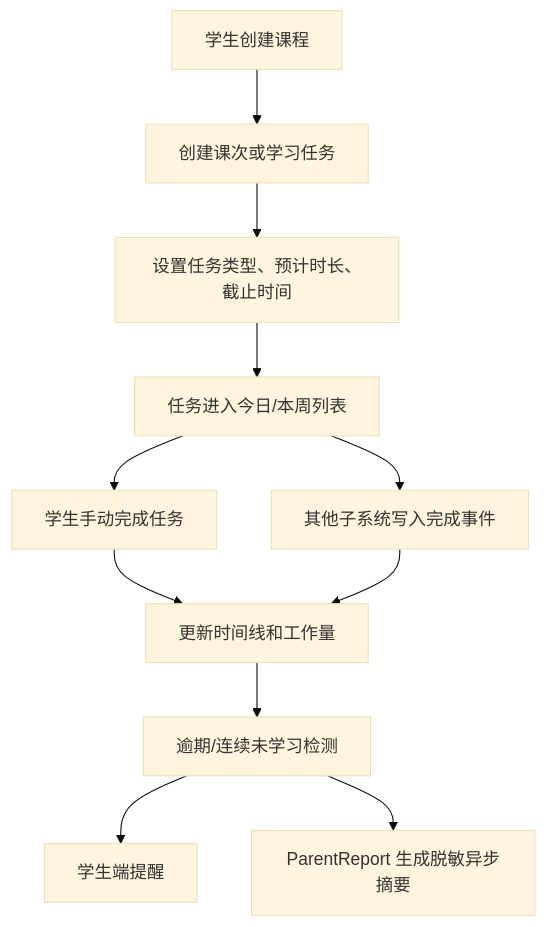
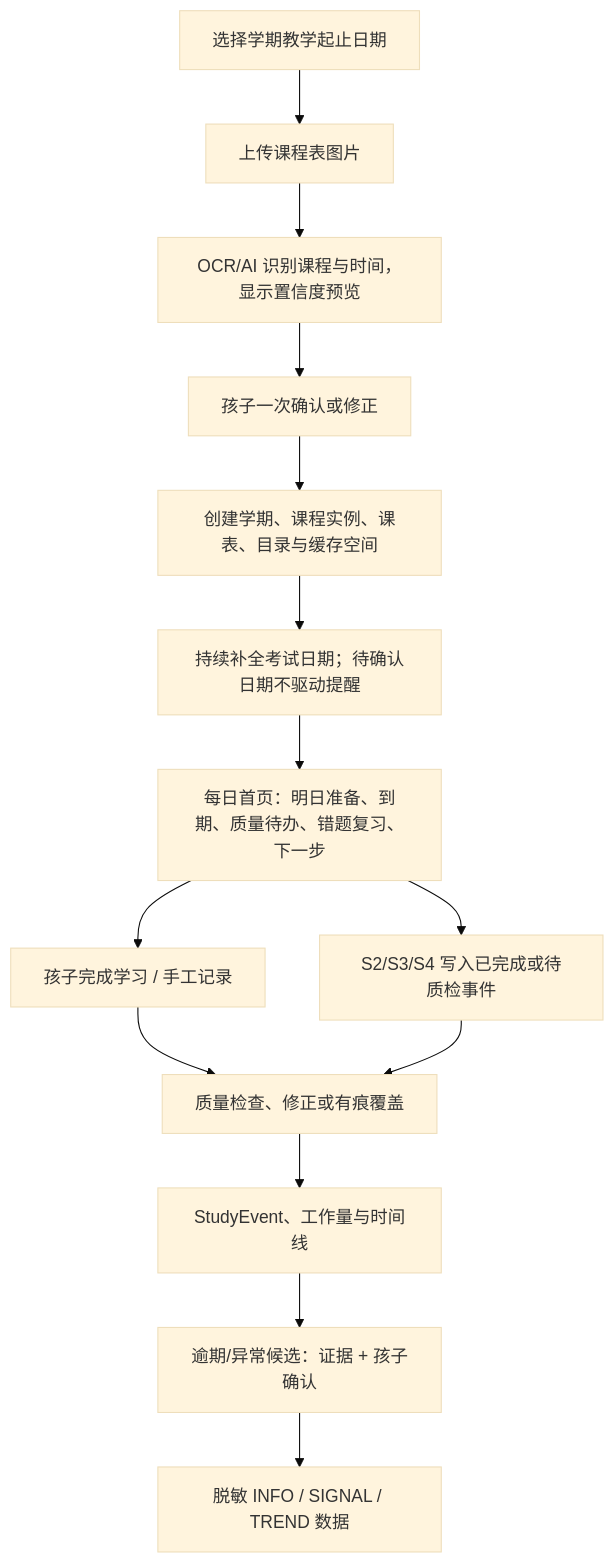
Before and after one commit to everything-is-simple/ai-studybuddy: the diagram in docs/subsystems/03-S1学习节奏子系统PRD-StudyRhythm.md, drawn with Mermaid (base theme). The commit also changed other lines of this file and 4 other files, not shown here.

````diff
--- a/docs/subsystems/03-S1学习节奏子系统PRD-StudyRhythm.md
+++ b/docs/subsystems/03-S1学习节奏子系统PRD-StudyRhythm.md
@@ -58,13 +61,16 @@
 ```mermaid
 flowchart TD
-  A["学生创建课程"] --> B["创建课次或学习任务"]
-  B --> C["设置任务类型、预计时长、截止时间"]
-  C --> D["任务进入今日/本周列表"]
-  D --> E1["学生手动完成任务"]
-  D --> E2["其他子系统写入完成事件"]
-  E1 --> F["更新时间线和工作量"]
-  E2 --> F
-  F --> G["逾期/连续未学习检测"]
-  G --> H["学生端提醒"]
-  G --> I["ParentReport 生成脱敏异步摘要"]
+  A["选择学期教学起止日期"] --> B["上传课程表图片"]
+  B --> C["OCR/AI 识别课程与时间，显示置信度预览"]
+  C --> D["孩子一次确认或修正"]
+  D --> E["创建学期、课程实例、课表、目录与缓存空间"]
+  E --> F["持续补全考试日期；待确认日期不驱动提醒"]
+  F --> G["每日首页：明日准备、到期、质量待办、错题复习、下一步"]
+  G --> H1["孩子完成学习 / 手工记录"]
+  G --> H2["S2/S3/S4 写入已完成或待质检事件"]
+  H1 --> I["质量检查、修正或有痕覆盖"]
+  H2 --> I
+  I --> J["StudyEvent、工作量与时间线"]
+  J --> K["逾期/异常候选：证据 + 孩子确认"]
+  K --> L["脱敏 INFO / SIGNAL / TREND 数据"]
 ```
````
